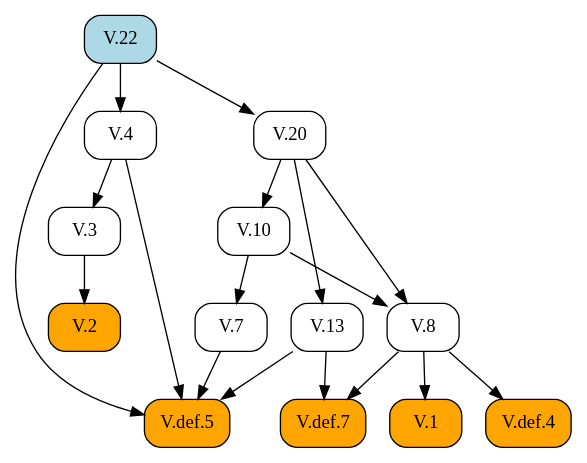
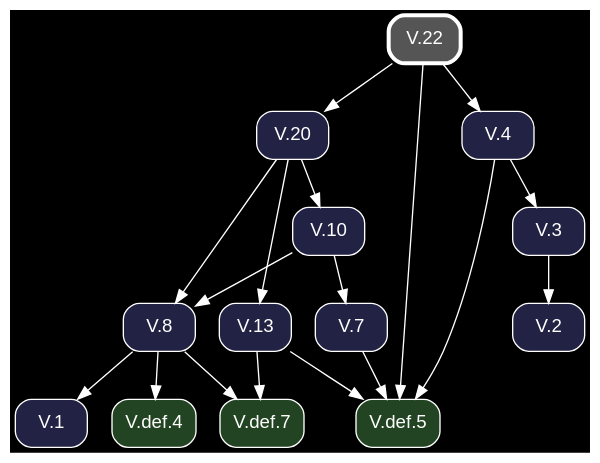
Before and after one commit to geometor/elements: the diagram in docsrc/heath/V/22/index.rst, drawn with Graphviz. The commit also changed other lines of this file and 1200 other files, not shown here.

Commit message:
update dependency graphs

```diff
--- a/docsrc/heath/V/22/index.rst
+++ b/docsrc/heath/V/22/index.rst
@@ -70,36 +70,38 @@
 .. graphviz::
 
    digraph {
+     bgcolor="black";
+     node [shape=box, style="rounded,filled", fontname="Helvetica", color="white", fontcolor="white"];
+     edge [color="white", fontcolor="white"];
      rankdir="TB";
-     node [shape=box, style=rounded];
-     "V.2" [style="rounded,filled", fillcolor=orange, URL="/heath/V/2/", target="_top"];
-     "V.10" [URL="/heath/V/10/", target="_top"];
-     "V.4" [URL="/heath/V/4/", target="_top"];
-     "V.def.7" [style="rounded,filled", fillcolor=orange, URL="/heath/V/def.7/", target="_top"];
-     "V.1" [style="rounded,filled", fillcolor=orange, URL="/heath/V/1/", target="_top"];
-     "V.22" [style="rounded,filled", fillcolor=lightblue, URL="/heath/V/22/", target="_top"];
-     "V.13" [URL="/heath/V/13/", target="_top"];
-     "V.3" [URL="/heath/V/3/", target="_top"];
-     "V.20" [URL="/heath/V/20/", target="_top"];
-     "V.7" [URL="/heath/V/7/", target="_top"];
-     "V.def.5" [style="rounded,filled", fillcolor=orange, URL="/heath/V/def.5/", target="_top"];
-     "V.def.4" [style="rounded,filled", fillcolor=orange, URL="/heath/V/def.4/", target="_top"];
-     "V.8" [URL="/heath/V/8/", target="_top"];
-     "V.3" -> "V.2";
-     "V.20" -> "V.10";
-     "V.22" -> "V.4";
-     "V.8" -> "V.def.7";
-     "V.13" -> "V.def.7";
-     "V.8" -> "V.1";
-     "V.20" -> "V.13";
-     "V.4" -> "V.3";
-     "V.22" -> "V.20";
-     "V.10" -> "V.7";
+     "V.def.5" [fillcolor="#224422", URL="/heath/V/def.5/", target="_top"];
+     "V.1" [fillcolor="#222244", URL="/heath/V/1/", target="_top"];
+     "V.2" [fillcolor="#222244", URL="/heath/V/2/", target="_top"];
+     "V.22" [penwidth=3, color="white", fillcolor="#555555", URL="/heath/V/22/", target="_top"];
+     "V.def.7" [fillcolor="#224422", URL="/heath/V/def.7/", target="_top"];
+     "V.def.4" [fillcolor="#224422", URL="/heath/V/def.4/", target="_top"];
+     "V.20" [fillcolor="#222244", URL="/heath/V/20/", target="_top"];
+     "V.13" [fillcolor="#222244", URL="/heath/V/13/", target="_top"];
+     "V.4" [fillcolor="#222244", URL="/heath/V/4/", target="_top"];
+     "V.8" [fillcolor="#222244", URL="/heath/V/8/", target="_top"];
+     "V.7" [fillcolor="#222244", URL="/heath/V/7/", target="_top"];
+     "V.3" [fillcolor="#222244", URL="/heath/V/3/", target="_top"];
+     "V.10" [fillcolor="#222244", URL="/heath/V/10/", target="_top"];
      "V.4" -> "V.def.5";
      "V.7" -> "V.def.5";
      "V.13" -> "V.def.5";
      "V.22" -> "V.def.5";
+     "V.8" -> "V.1";
+     "V.3" -> "V.2";
+     "V.8" -> "V.def.7";
+     "V.13" -> "V.def.7";
      "V.8" -> "V.def.4";
+     "V.22" -> "V.20";
+     "V.20" -> "V.13";
+     "V.22" -> "V.4";
      "V.10" -> "V.8";
      "V.20" -> "V.8";
+     "V.10" -> "V.7";
+     "V.4" -> "V.3";
+     "V.20" -> "V.10";
    }
```
